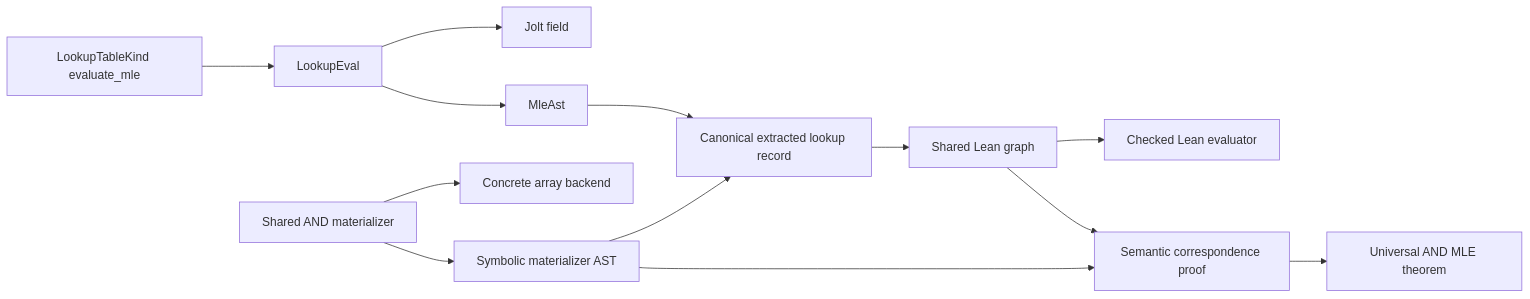
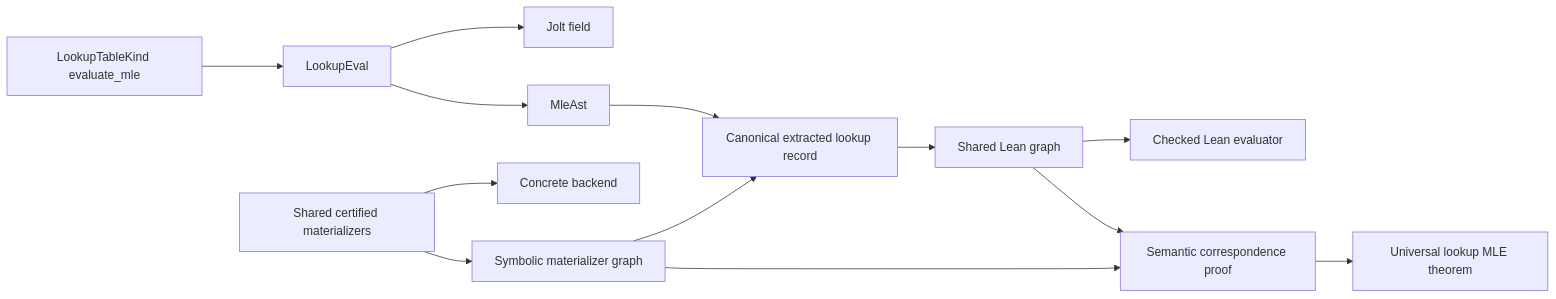
One commit to a16z/jolt changed the diagram in specs/lookup-eval-extraction.md. Above: the diagram before and after it, drawn with Mermaid. The commit also changed other lines of this file and 10 other files, not shown here.

````diff
--- a/specs/lookup-eval-extraction.md
+++ b/specs/lookup-eval-extraction.md
@@ -165,15 +173,15 @@
 ```mermaid
 flowchart LR
     A[LookupTableKind evaluate_mle] --> B[LookupEval]
     B --> C[Jolt field]
     B --> D[MleAst]
     D --> E[Canonical extracted lookup record]
     E --> F[Shared Lean graph]
     F --> G[Checked Lean evaluator]
-    H[Shared AND materializer] --> I[Concrete array backend]
-    H --> J[Symbolic materializer AST]
+    H[Shared certified materializers] --> I[Concrete backend]
+    H --> J[Symbolic materializer graph]
     J --> E
     F --> K[Semantic correspondence proof]
     J --> K
-    K --> L[Universal AND MLE theorem]
+    K --> L[Universal lookup MLE theorem]
 ```
````
